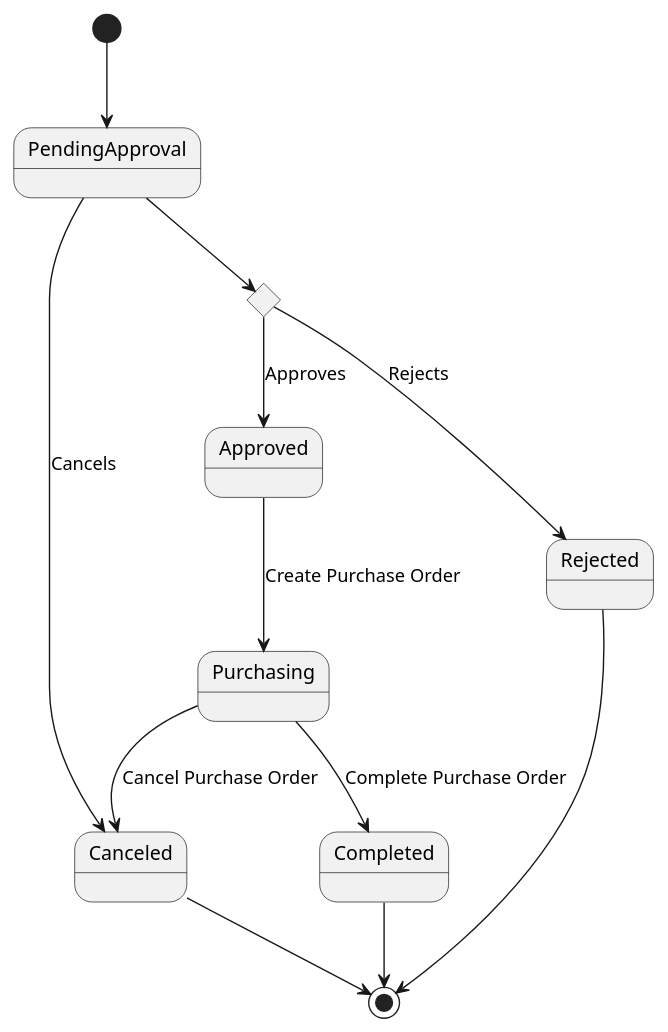
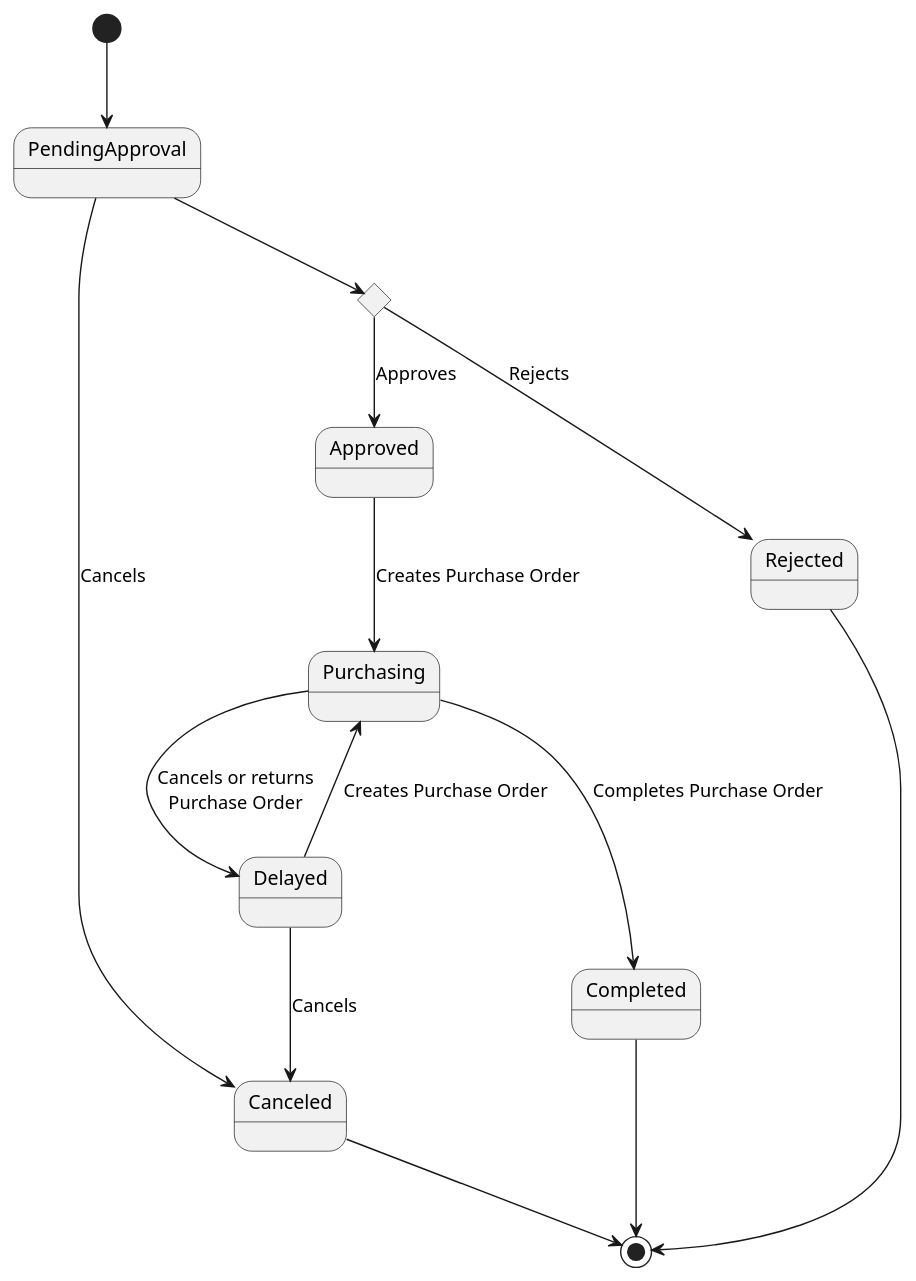
Before and after one commit to phihungha/scmss-reqs: the diagram in states/purchase-requisition.plantuml, drawn with PlantUML. The commit also changed 13 other files, not shown here.

Commit message:
Minor BRD diagram fixes

```diff
--- a/states/purchase-requisition.plantuml
+++ b/states/purchase-requisition.plantuml
@@ -1,18 +1,20 @@
 @startuml purchase-requisition
 
 [*] --> PendingApproval
 PendingApproval --> Canceled : Cancels
 
 state approval <<choice>>
 PendingApproval --> approval
 approval --> Rejected : Rejects
 Rejected --> [*]
 approval --> Approved : Approves
 
-Approved --> Purchasing : Create Purchase Order
-Purchasing --> Canceled : Cancel Purchase Order
-Purchasing --> Completed : Complete Purchase Order
+Approved --> Purchasing : Creates Purchase Order
+Purchasing --> Delayed : Cancels or returns\nPurchase Order
+Purchasing --> Completed : Completes Purchase Order
 Completed --> [*]
+Delayed --> Purchasing : Creates Purchase Order
+Delayed --> Canceled : Cancels
 
 Canceled --> [*]
 @enduml
```
